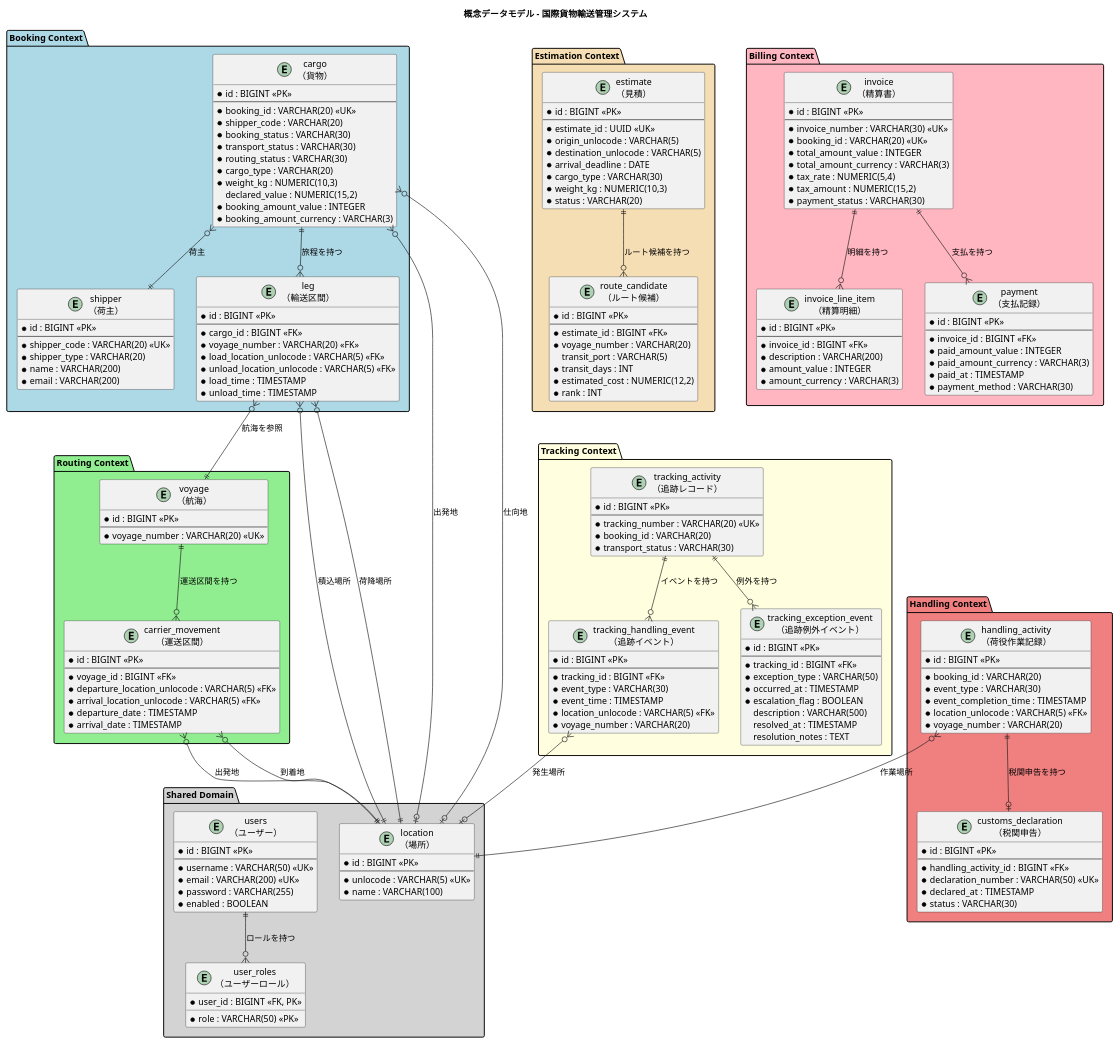
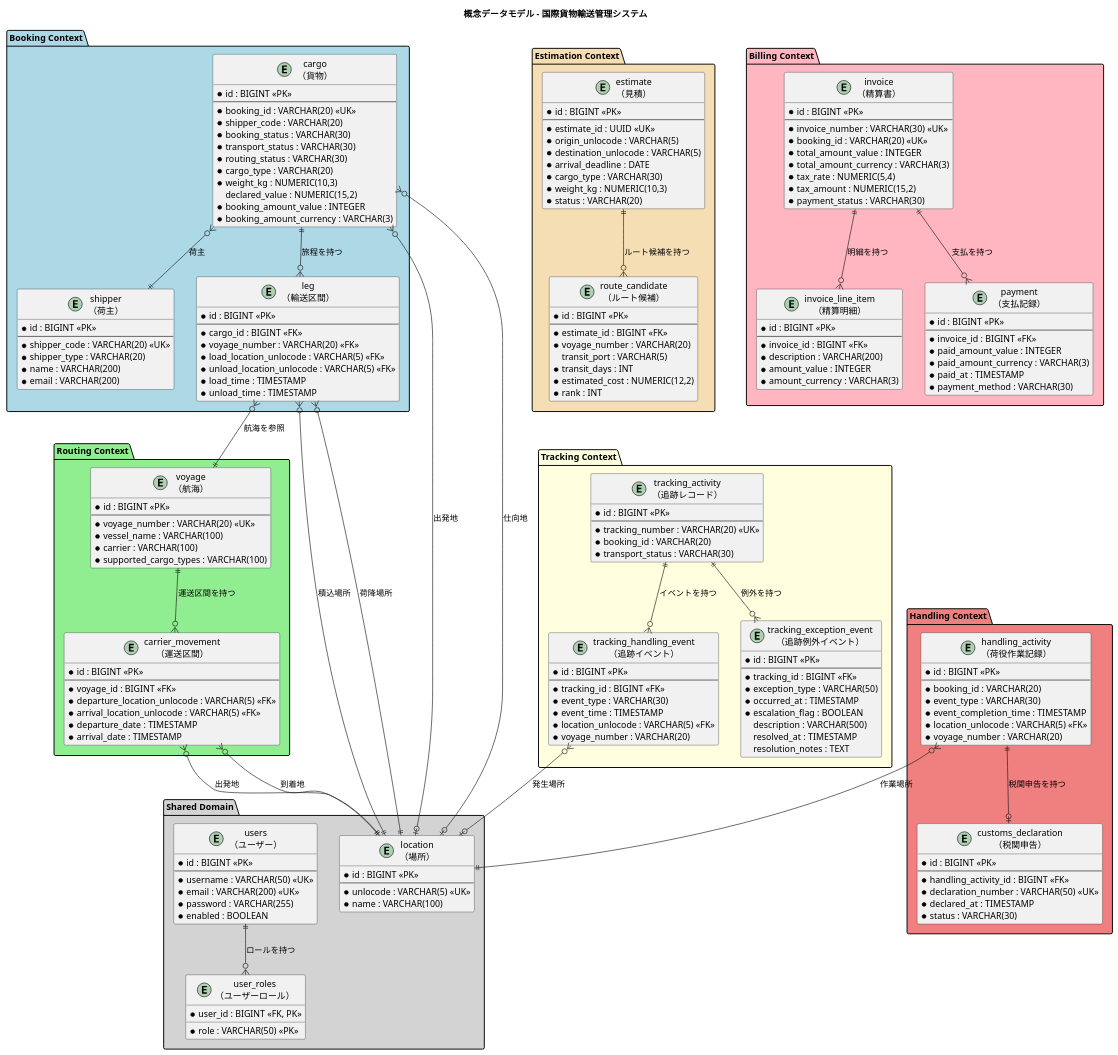
One commit to k2works/case-study-cargo-tracker changed the first of 9 diagrams in docs/design/data-model.md. Above: the diagram before and after it, drawn with PlantUML. The commit also changed other lines of this file and 3 other files, not shown here.

```diff
--- a/docs/design/data-model.md
+++ b/docs/design/data-model.md
@@ -103,6 +103,9 @@
     * id : BIGINT <<PK>>
     --
     * voyage_number : VARCHAR(20) <<UK>>
+    * vessel_name : VARCHAR(100)
+    * carrier : VARCHAR(100)
+    * supported_cargo_types : VARCHAR(100)
   }
 
   entity "carrier_movement\n（運送区間）" as carrier_movement {
```
